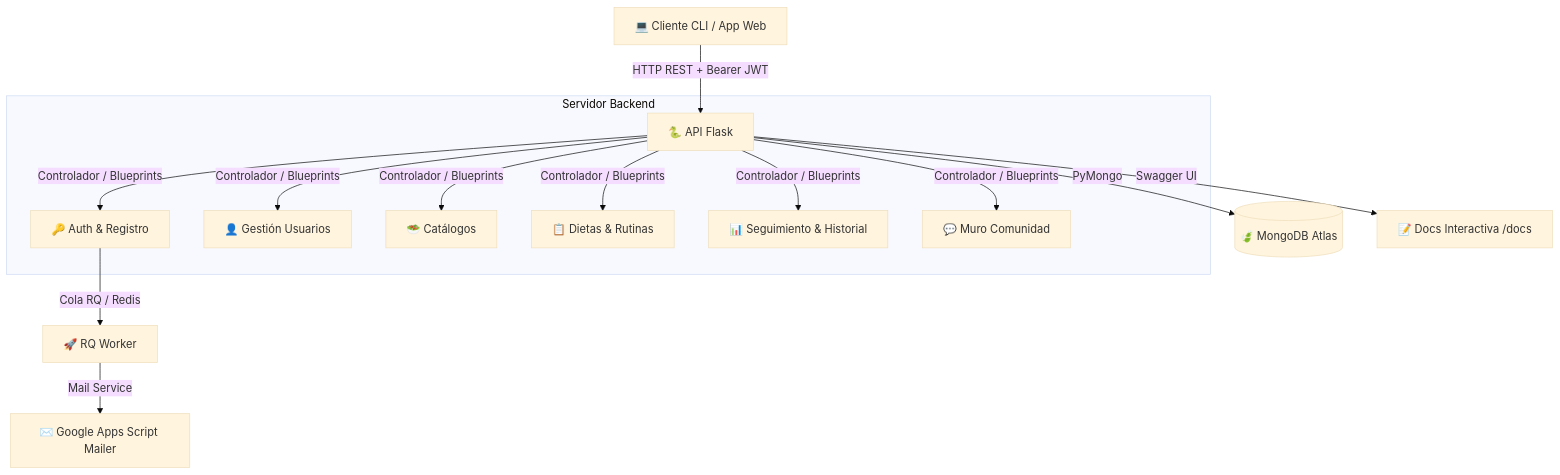
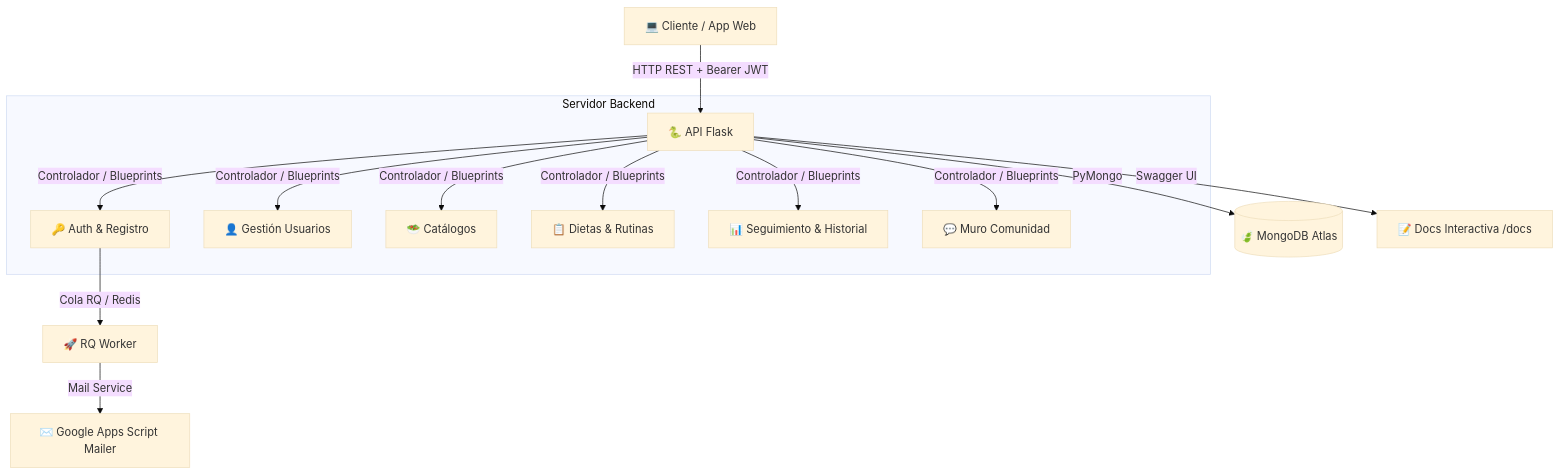
The first of 2 diagrams in README.md (spc1016/API-nutri-coach), drawn with Mermaid (base theme) before and after one commit. The commit also changed other lines of this file, not shown here.

````diff
--- a/README.md
+++ b/README.md
@@ -25,18 +25,18 @@
 ```mermaid
 graph TD
-    Client[💻 Cliente CLI / App Web] -->|HTTP REST + Bearer JWT| API[🐍 API Flask]
+    Client[💻 Cliente / App Web] -->|HTTP REST + Bearer JWT| API[🐍 API Flask]
     
     subgraph Servidor Backend
         API -->|Controlador / Blueprints| Auth[🔑 Auth & Registro]
         API -->|Controlador / Blueprints| Users[👤 Gestión Usuarios]
         API -->|Controlador / Blueprints| Catalog[🥗 Catálogos]
         API -->|Controlador / Blueprints| Plans[📋 Dietas & Rutinas]
         API -->|Controlador / Blueprints| Follow[📊 Seguimiento & Historial]
         API -->|Controlador / Blueprints| Social[💬 Muro Comunidad]
     end
  
     Auth -->|Cola RQ / Redis| Worker[🚀 RQ Worker]
     Worker -->|Mail Service| Mail[✉️ Google Apps Script Mailer]
     API -->|PyMongo| DB[(🍃 MongoDB Atlas)]
     API -->|Swagger UI| Docs[📝 Docs Interactiva /docs]
 ```
````
